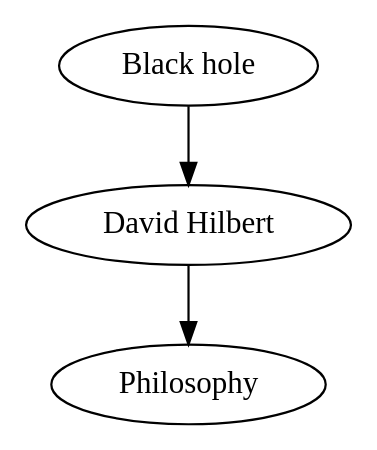
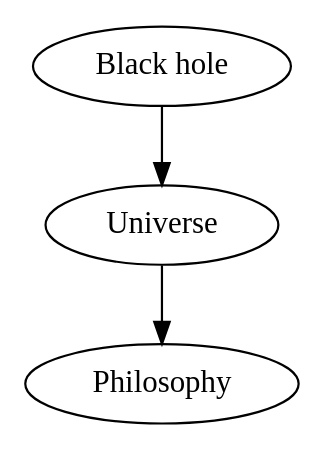
The diagram in output/wiki-path.gv (podypodpod/dotwiki), drawn with Graphviz before and after one commit. The commit also changed 5 other files, not shown here.

```diff
--- a/output/wiki-path.gv
+++ b/output/wiki-path.gv
@@ -1,8 +1,8 @@
 // WikiPath
 digraph {
 	"Black hole" [label="Black hole"]
-	"David Hilbert" [label="David Hilbert"]
+	Universe [label=Universe]
 	Philosophy [label=Philosophy]
-	"Black hole" -> "David Hilbert"
-	"David Hilbert" -> Philosophy
+	"Black hole" -> Universe
+	Universe -> Philosophy
 }
```
